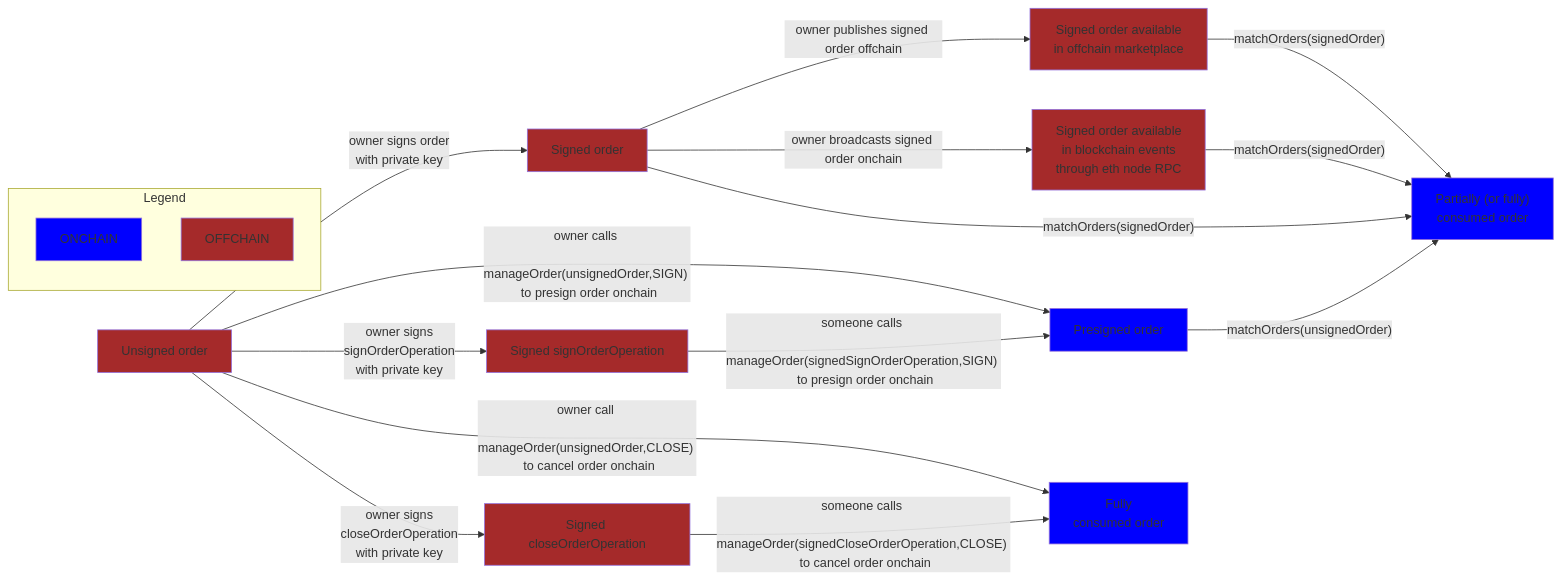
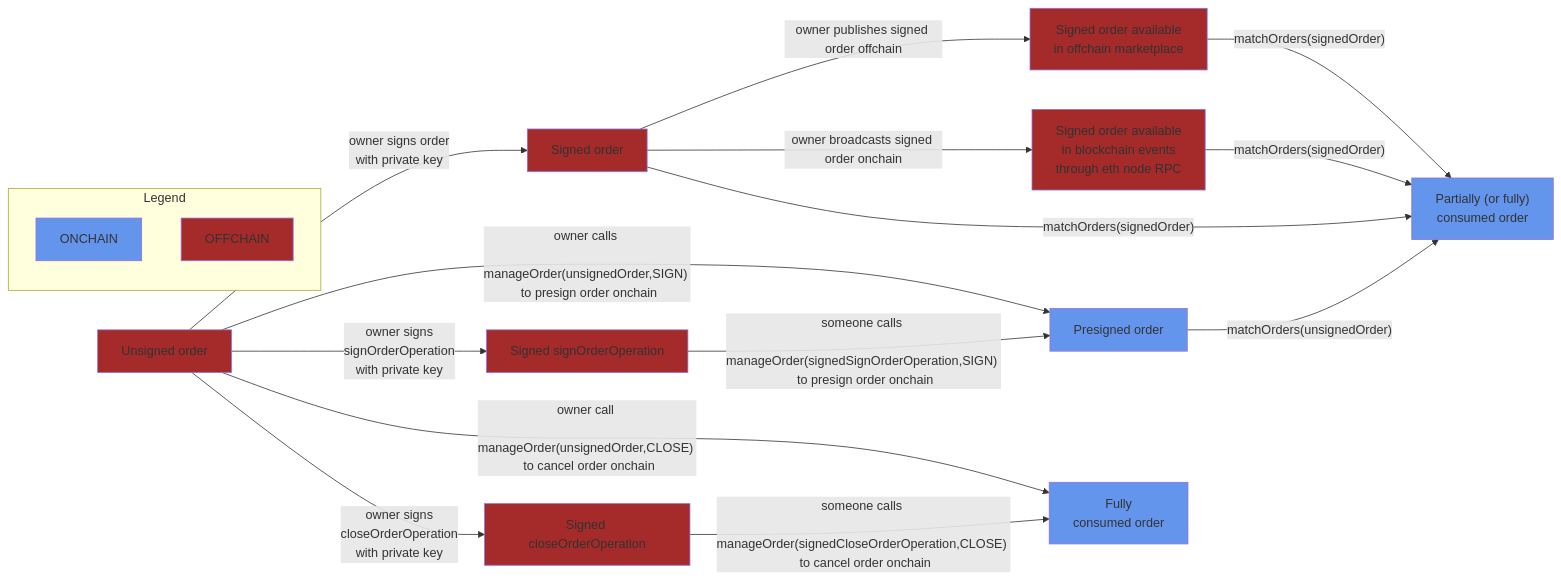
Before and after one commit to iExecBlockchainComputing/PoCo: the third of 3 diagrams in docs/Statuses.md, drawn with Mermaid.

Commit message:
Change onchain color

````diff
--- a/docs/Statuses.md
+++ b/docs/Statuses.md
@@ -42,34 +42,34 @@
 ```mermaid
 flowchart LR
     subgraph Legend
         ONCHAIN:::onchain
         OFFCHAIN:::offchain
     end
 
     UNSIGNED_ORDER["Unsigned order"]:::offchain
     SIGNED_ORDER["Signed order"]:::offchain
     MARKETPLACE_ORDER["Signed order available \n in offchain marketplace"]:::offchain
     BROADCASTED_ORDER["Signed order available \n in blockchain events \n through eth node RPC"]:::offchain
     SIGNED_SIGNORDEROPERATION["Signed signOrderOperation"]:::offchain
     PRESIGNED_ORDER["Presigned order"]:::onchain
     SIGNED_CLOSEORDEROPERATION["Signed closeOrderOperation"]:::offchain
     CONSUMED_ORDER["Fully \n consumed order"]:::onchain
     PARTIALLY_CONSUMED_ORDER["Partially (or fully) \n consumed order"]:::onchain
 
     UNSIGNED_ORDER --> |"owner signs order \n with private key"| SIGNED_ORDER
     SIGNED_ORDER --> |"owner publishes signed order offchain"| MARKETPLACE_ORDER
     SIGNED_ORDER --> |"owner broadcasts signed order onchain"| BROADCASTED_ORDER
     UNSIGNED_ORDER --> |"owner calls \n manageOrder(unsignedOrder,SIGN) \n to presign order onchain"| PRESIGNED_ORDER
     UNSIGNED_ORDER --> |"owner signs \n signOrderOperation \n with private key"| SIGNED_SIGNORDEROPERATION
     SIGNED_SIGNORDEROPERATION --> |"someone calls \n manageOrder(signedSignOrderOperation,SIGN) \n to presign order onchain"| PRESIGNED_ORDER
     PRESIGNED_ORDER --> |"matchOrders(unsignedOrder)"| PARTIALLY_CONSUMED_ORDER
     UNSIGNED_ORDER --> |"owner call \n manageOrder(unsignedOrder,CLOSE) \n to cancel order onchain"| CONSUMED_ORDER
     UNSIGNED_ORDER --> |"owner signs \n closeOrderOperation \n with private key"| SIGNED_CLOSEORDEROPERATION
     SIGNED_CLOSEORDEROPERATION --> |"someone calls \n manageOrder(signedCloseOrderOperation,CLOSE) \n to cancel order onchain"| CONSUMED_ORDER
     SIGNED_ORDER --> |"matchOrders(signedOrder)"| PARTIALLY_CONSUMED_ORDER
     MARKETPLACE_ORDER --> |"matchOrders(signedOrder)"| PARTIALLY_CONSUMED_ORDER
     BROADCASTED_ORDER --> |"matchOrders(signedOrder)"| PARTIALLY_CONSUMED_ORDER
 
     classDef offchain fill:brown
-    classDef onchain fill:blue
+    classDef onchain fill:CornflowerBlue
 ```
````
